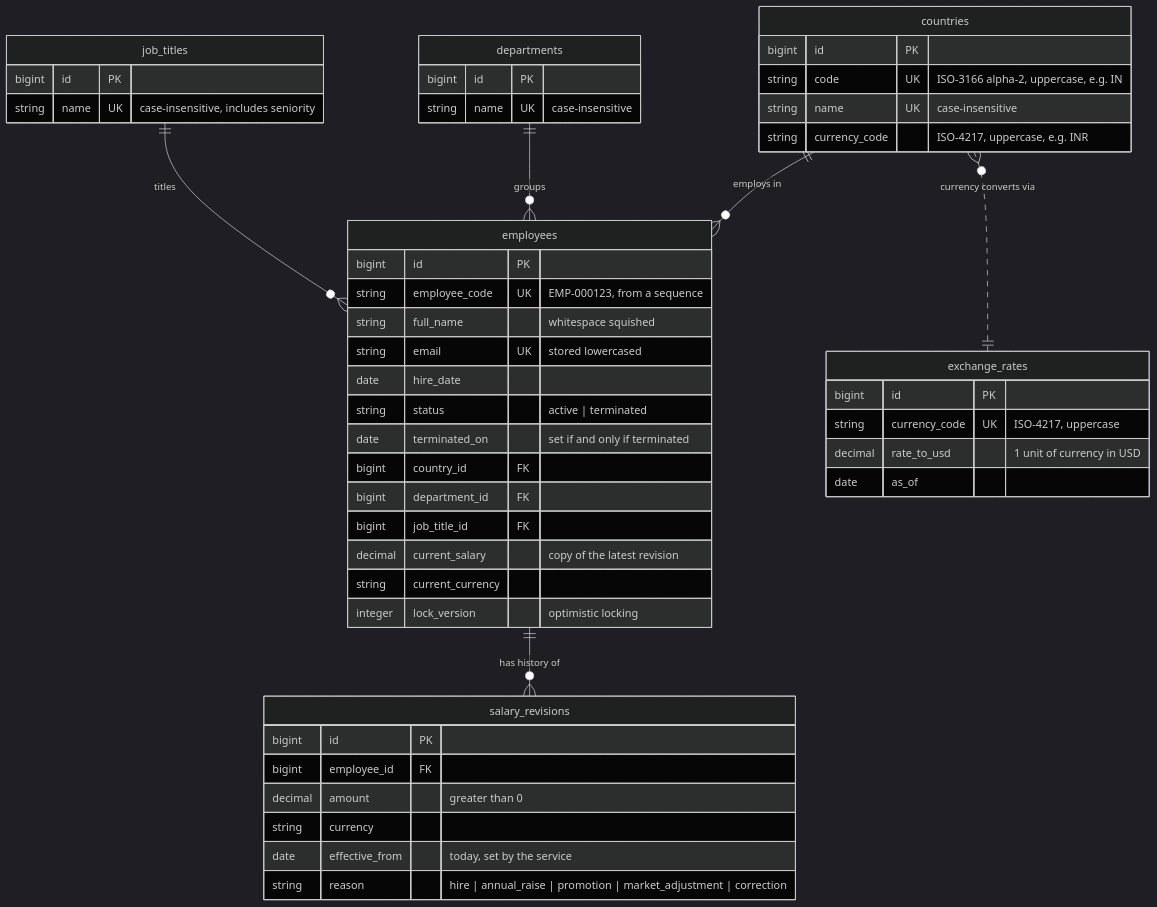
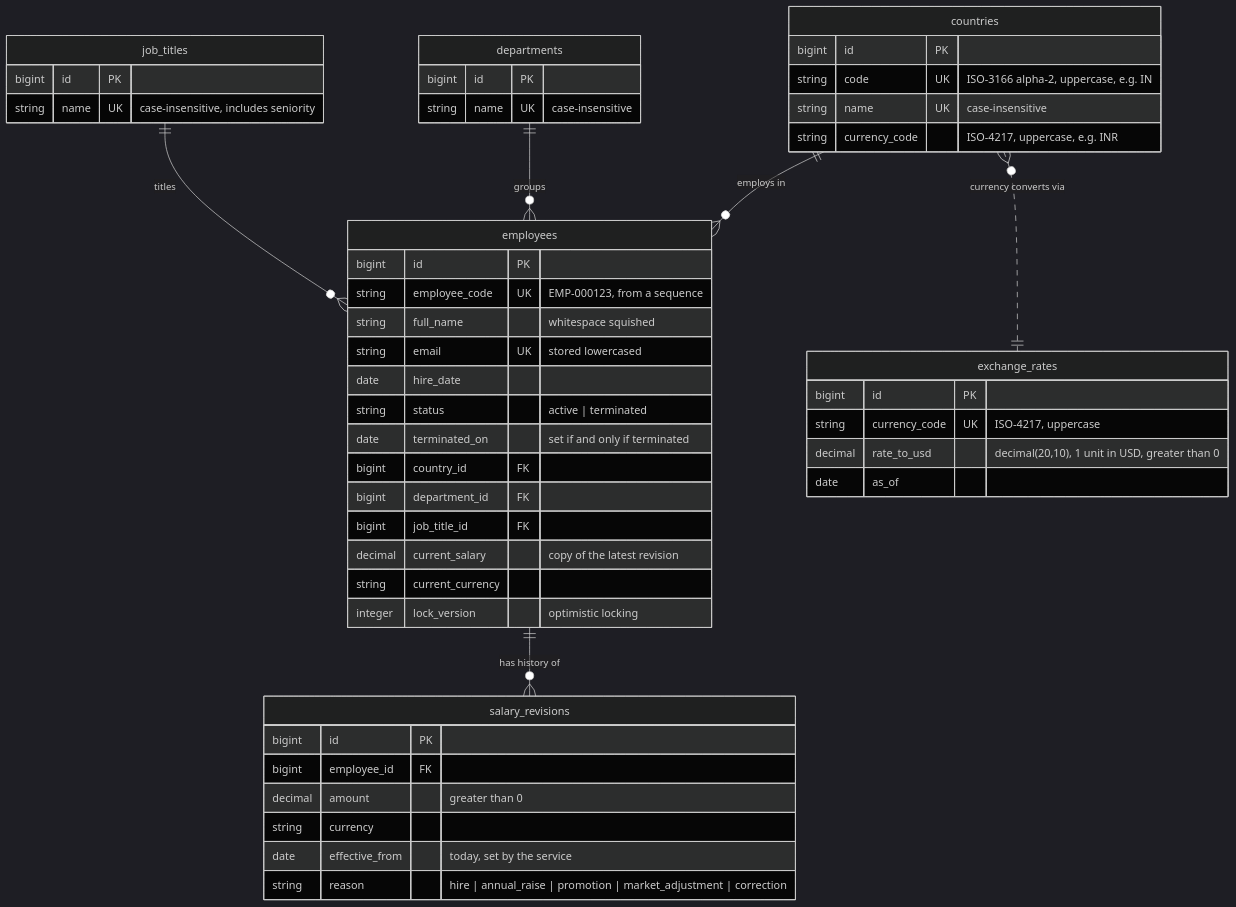
The first of 2 diagrams in docs/schema.md (Kaustubh-githubs/Horizon), drawn with Mermaid (dark theme) before and after one commit. The commit also changed other lines of this file and 3 other files, not shown here.

````diff
--- a/docs/schema.md
+++ b/docs/schema.md
@@ -9,52 +9,52 @@
 ```mermaid
 erDiagram
     countries ||--o{ employees : "employs in"
     departments ||--o{ employees : "groups"
     job_titles ||--o{ employees : "titles"
     employees ||--o{ salary_revisions : "has history of"
     countries }o..|| exchange_rates : "currency converts via"
 
     countries {
         bigint id PK
         string code UK "ISO-3166 alpha-2, uppercase, e.g. IN"
         string name UK "case-insensitive"
         string currency_code "ISO-4217, uppercase, e.g. INR"
     }
     exchange_rates {
         bigint id PK
         string currency_code UK "ISO-4217, uppercase"
-        decimal rate_to_usd "1 unit of currency in USD"
+        decimal rate_to_usd "decimal(20,10), 1 unit in USD, greater than 0"
         date as_of
     }
     departments {
         bigint id PK
         string name UK "case-insensitive"
     }
     job_titles {
         bigint id PK
         string name UK "case-insensitive, includes seniority"
     }
     employees {
         bigint id PK
         string employee_code UK "EMP-000123, from a sequence"
         string full_name "whitespace squished"
         string email UK "stored lowercased"
         date hire_date
         string status "active | terminated"
         date terminated_on "set if and only if terminated"
         bigint country_id FK
         bigint department_id FK
         bigint job_title_id FK
         decimal current_salary "copy of the latest revision"
         string current_currency
         integer lock_version "optimistic locking"
     }
     salary_revisions {
         bigint id PK
         bigint employee_id FK
         decimal amount "greater than 0"
         string currency
         date effective_from "today, set by the service"
         string reason "hire | annual_raise | promotion | market_adjustment | correction"
     }
 ```
````
